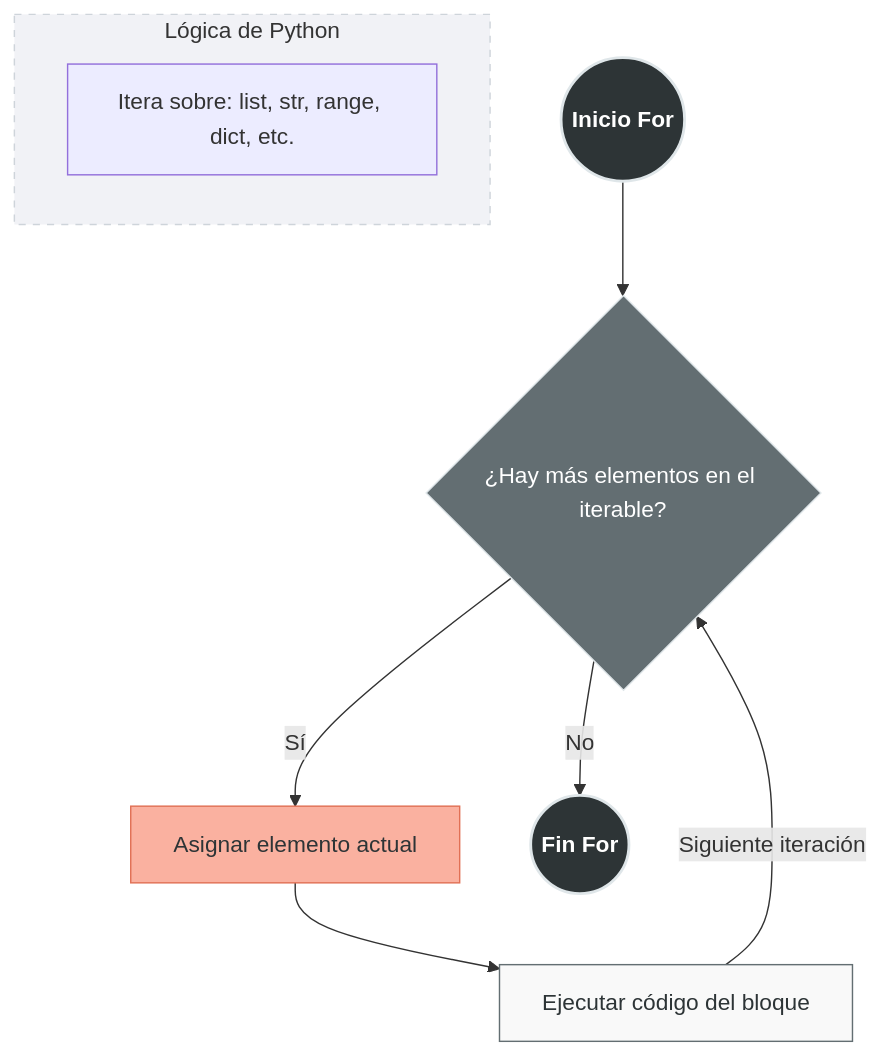
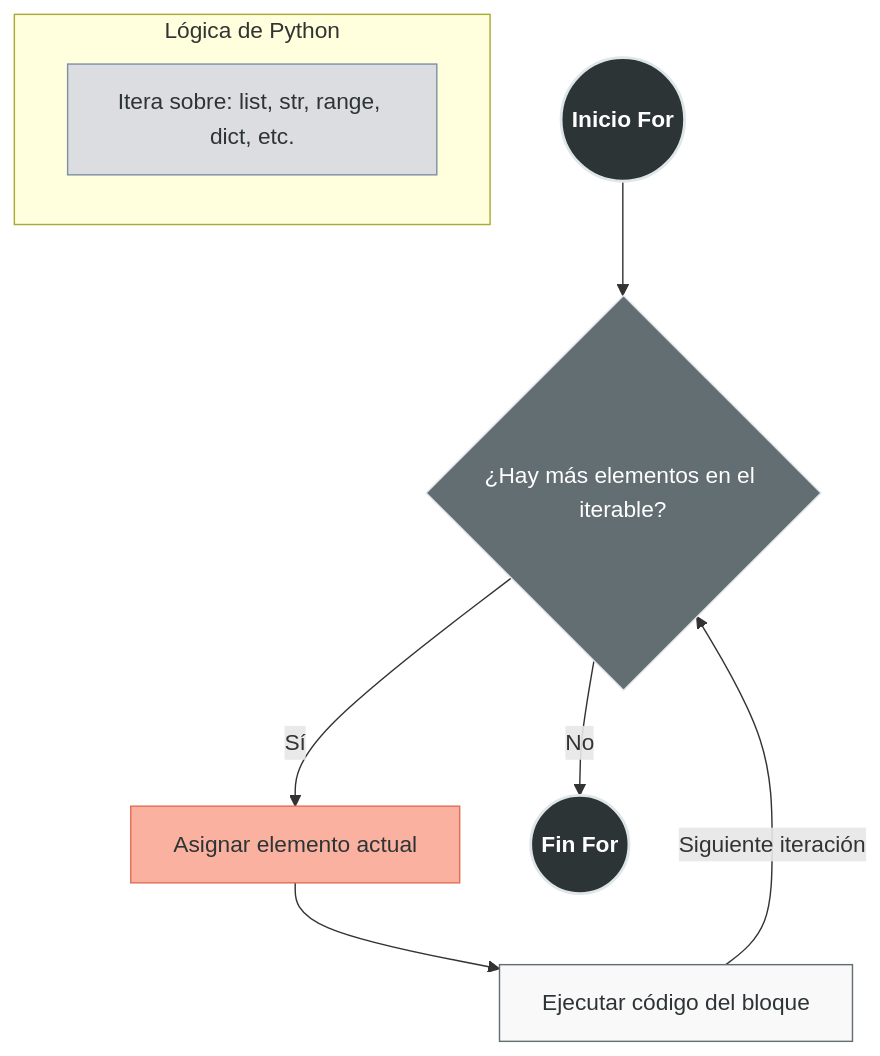
One commit to Pineapple-Mikael-Engineer/Python_Obsidian changed the first of 4 diagrams in 100 Programación Orientada a Procesos/20 Estructuras de Control/02 Bucles.md. Above: the diagram before and after it, drawn with Mermaid. The commit also changed other lines of this file and 11 other files, not shown here.

Commit message:
fix: Quitar comentarios mermaid por renderizado y Corregir titulos YAML

````diff
--- a/100 Programación Orientada a Procesos/20 Estructuras de Control/02 Bucles.md
+++ b/100 Programación Orientada a Procesos/20 Estructuras de Control/02 Bucles.md
@@ -26,28 +26,24 @@
 ```mermaid
 flowchart TD
-    %% Definición de Estilos
     classDef principal fill:#2d3436,stroke:#dfe6e9,stroke-width:2px,color:#fff,font-weight:bold;
     classDef condicion fill:#636e72,stroke:#dfe6e9,stroke-width:1px,color:#fff;
     classDef accion fill:#f9f9f9,stroke:#636e72,stroke-width:1px,color:#2d3436;
+    classDef tipo fill:#dcdde1,stroke:#7f8fa6,color:#2d3436;
     classDef especial fill:#fab1a0,stroke:#e17055,stroke-width:1px,color:#2d3436;
 
     Start((Inicio For)):::principal --> C1{¿Hay más elementos en el iterable?}:::condicion
 
-    %% Proceso de Iteración
     C1 -- Sí --> A1["Asignar elemento actual"]:::especial
     A1 --> A2["Ejecutar código del bloque"]:::accion
     
-    %% Retorno (El bucle)
     A2 -- "Siguiente iteración" --> C1
 
-    %% Salida del bucle
+    
     C1 -- No --> End((Fin For)):::principal
 
-    %% Nota de funcionamiento
+    
     subgraph Nota [Lógica de Python]
         direction LR
         N1["Itera sobre: list, str, range, dict, etc."]:::tipo
     end
-    
-    style Nota fill:#f1f2f6,stroke:#ced4da,stroke-dasharray: 5 5
-```
+   ```
````
